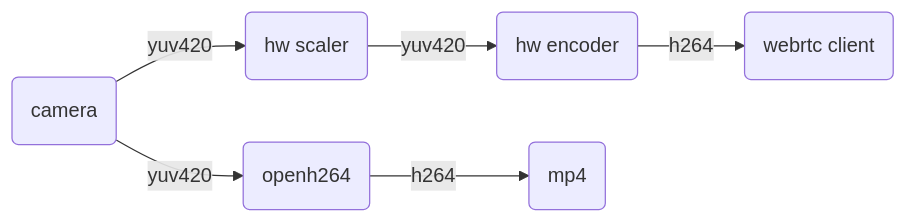
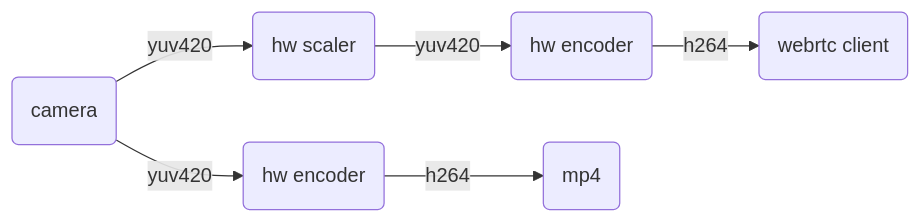
The third of 5 diagrams in docs/CAMERA_AND_ENCODING.md (TzuHuanTai/RaspberryPi-WebRTC), drawn with Mermaid before and after one commit. The commit also changed other lines of this file and 3 other files, not shown here.

````diff
--- a/docs/CAMERA_AND_ENCODING.md
+++ b/docs/CAMERA_AND_ENCODING.md
@@ -149,5 +155,5 @@
 ```mermaid
 graph LR
 A(camera) -- yuv420 --> C(hw scaler) --yuv420--> D(hw encoder) --h264-->E(webrtc client)
-A --yuv420--> F(openh264) -- h264--> G(mp4)
+A --yuv420--> F(hw encoder) -- h264--> G(mp4)
 ```
````
